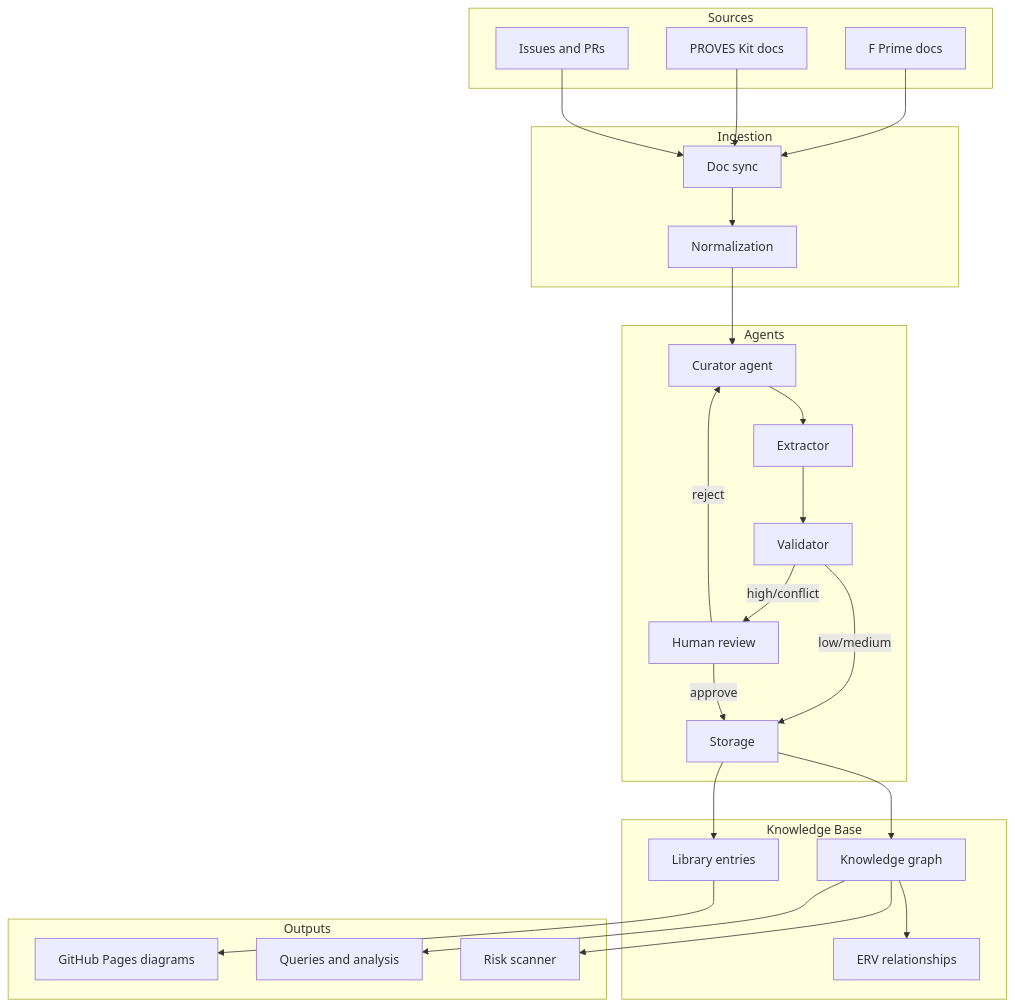
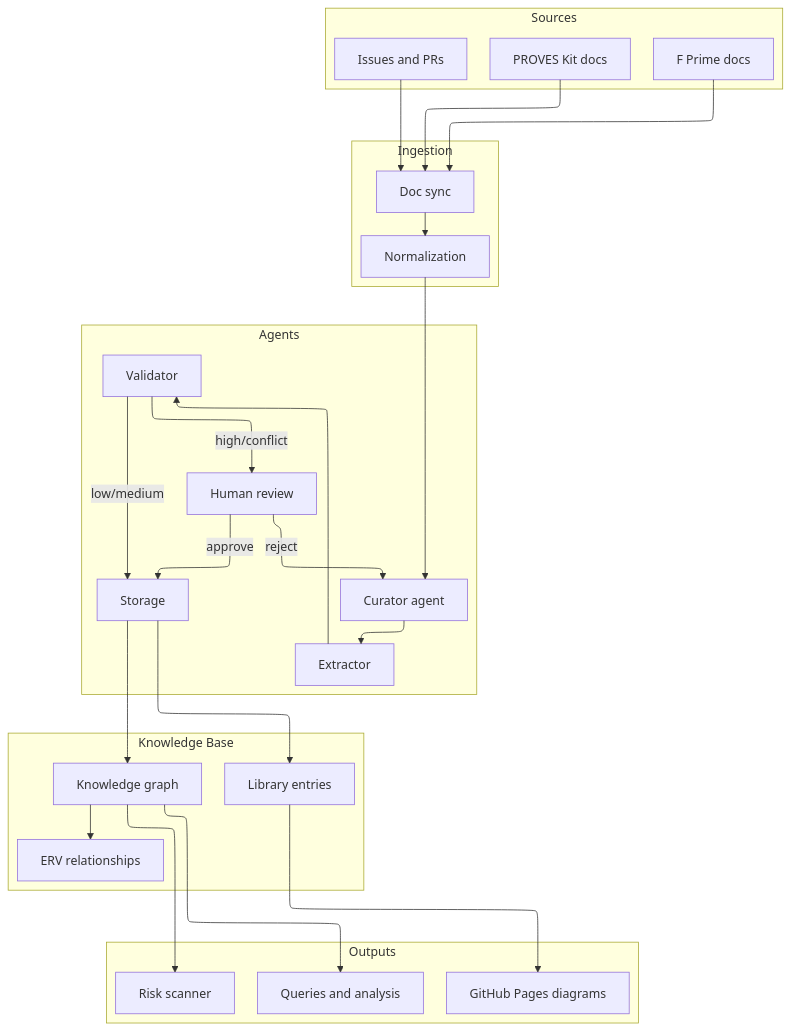
One commit to phantom-man/PROVES_LIBRARY changed the first of 2 diagrams in docs/index.md. Above: the diagram before and after it, drawn with Mermaid. The commit also changed 10 other files, not shown here.

Commit message:
chore: remove leftover mermaid customizations

````diff
--- a/docs/index.md
+++ b/docs/index.md
@@ -47,51 +47,52 @@
 ```mermaid
+%%{init: {'flowchart': {'defaultRenderer': 'elk'}}}%%
 flowchart TB
   subgraph Sources
     A1[F Prime docs]
     A2[PROVES Kit docs]
     A3[Issues and PRs]
   end
 
   subgraph Ingestion
     B1[Doc sync]
     B2[Normalization]
   end
 
   subgraph Agents
     C1[Curator agent]
     C2[Extractor]
     C3[Validator]
     C4[Storage]
     C5[Human review]
   end
 
   subgraph Knowledge Base
     D1[Library entries]
     D2[Knowledge graph]
     D3[ERV relationships]
   end
 
   subgraph Outputs
     E1[GitHub Pages diagrams]
     E2[Queries and analysis]
     E3[Risk scanner]
   end
 
   A1 --> B1
   A2 --> B1
   A3 --> B1
   B1 --> B2
   B2 --> C1
   C1 --> C2
   C2 --> C3
   C3 -->|low/medium| C4
   C3 -->|high/conflict| C5
   C5 -->|approve| C4
   C5 -->|reject| C1
   C4 --> D1
   C4 --> D2
   D2 --> D3
   D1 --> E1
   D2 --> E2
   D2 --> E3
 ```
````
